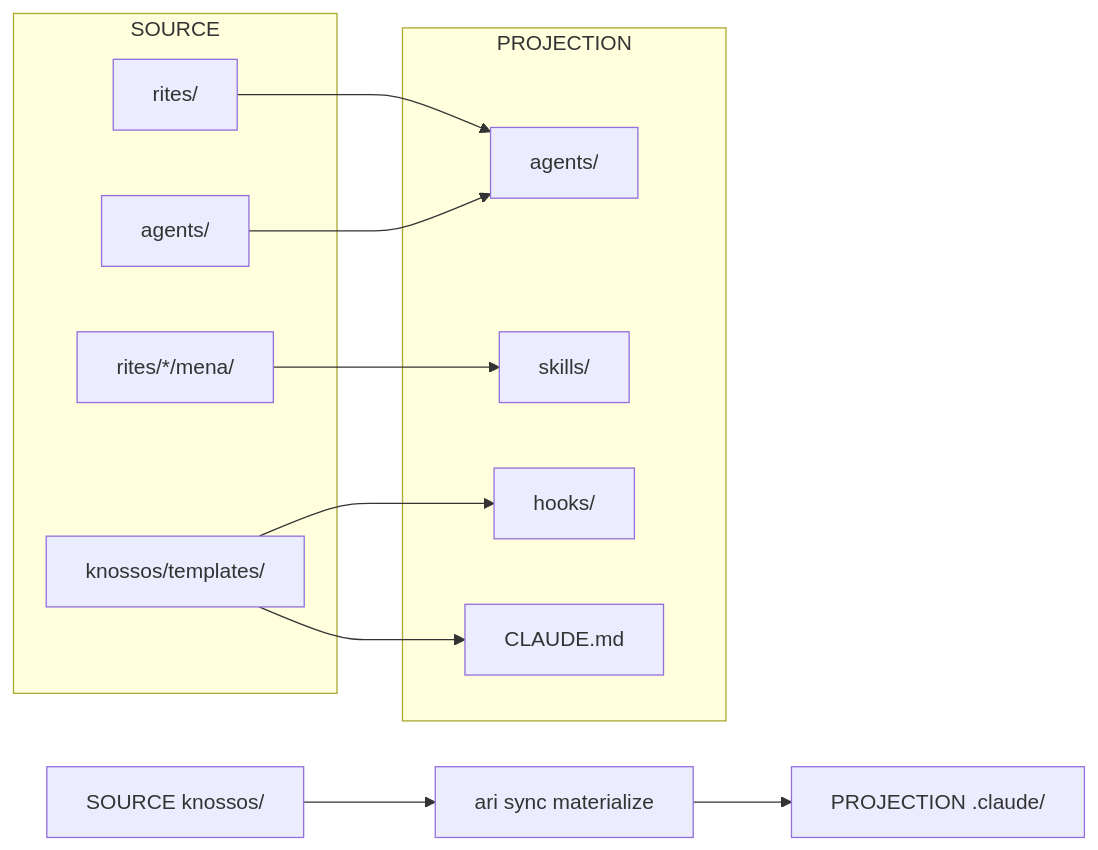
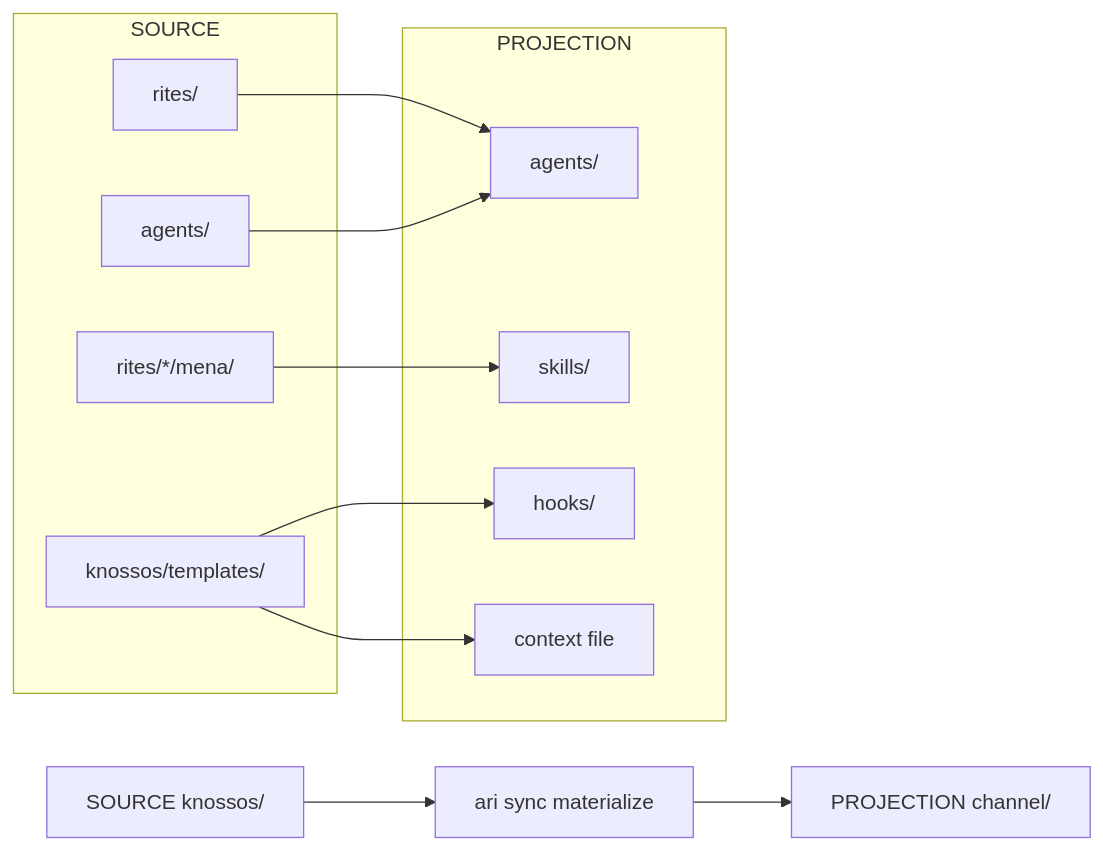
Before and after one commit to autom8y/knossos: the diagram in docs/doctrine/operations/cli-reference/cli-sync.md, drawn with Mermaid. The commit also changed other lines of this file and 108 other files, not shown here.

````diff
--- a/docs/doctrine/operations/cli-reference/cli-sync.md
+++ b/docs/doctrine/operations/cli-reference/cli-sync.md
@@ -378,25 +378,25 @@
 ```mermaid
 flowchart LR
     A[SOURCE knossos/] --> B[ari sync materialize]
-    B --> C[PROJECTION .claude/]
+    B --> C[PROJECTION channel/]
 
     subgraph SOURCE
         D[rites/]
         E[agents/]
         F[rites/*/mena/]
         G[knossos/templates/]
     end
 
     subgraph PROJECTION
         H[agents/]
         I[skills/]
         J[hooks/]
-        K[CLAUDE.md]
+        K[context file]
     end
 
     D --> H
     E --> H
     F --> I
     G --> J
     G --> K
 ```
````
